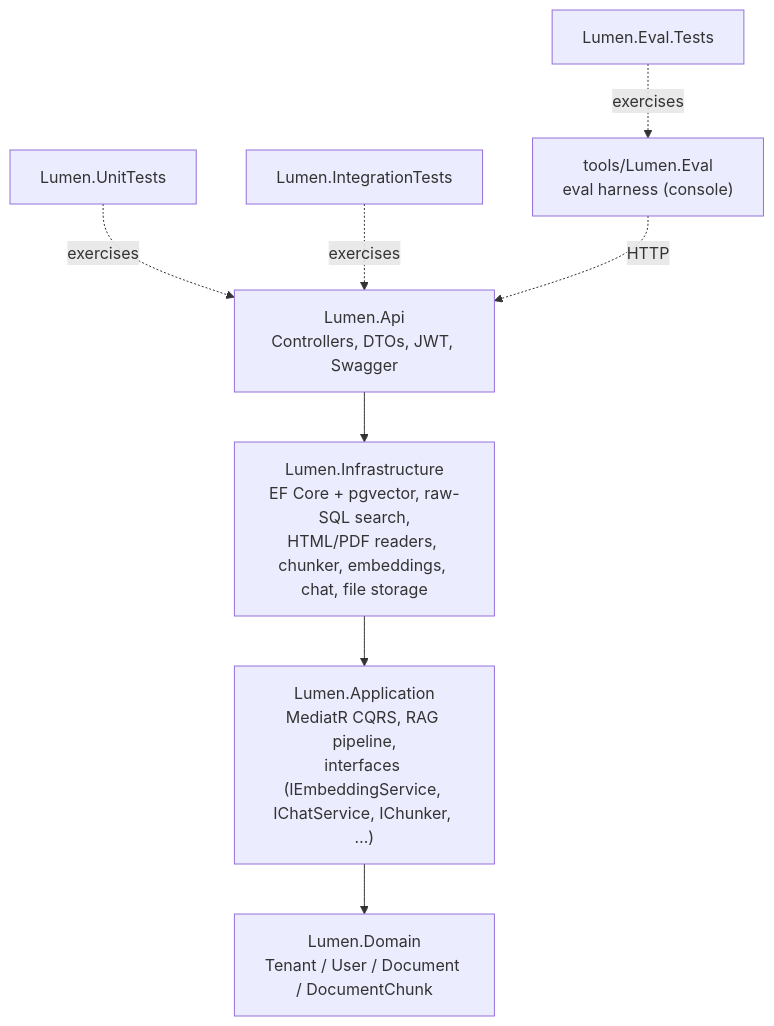
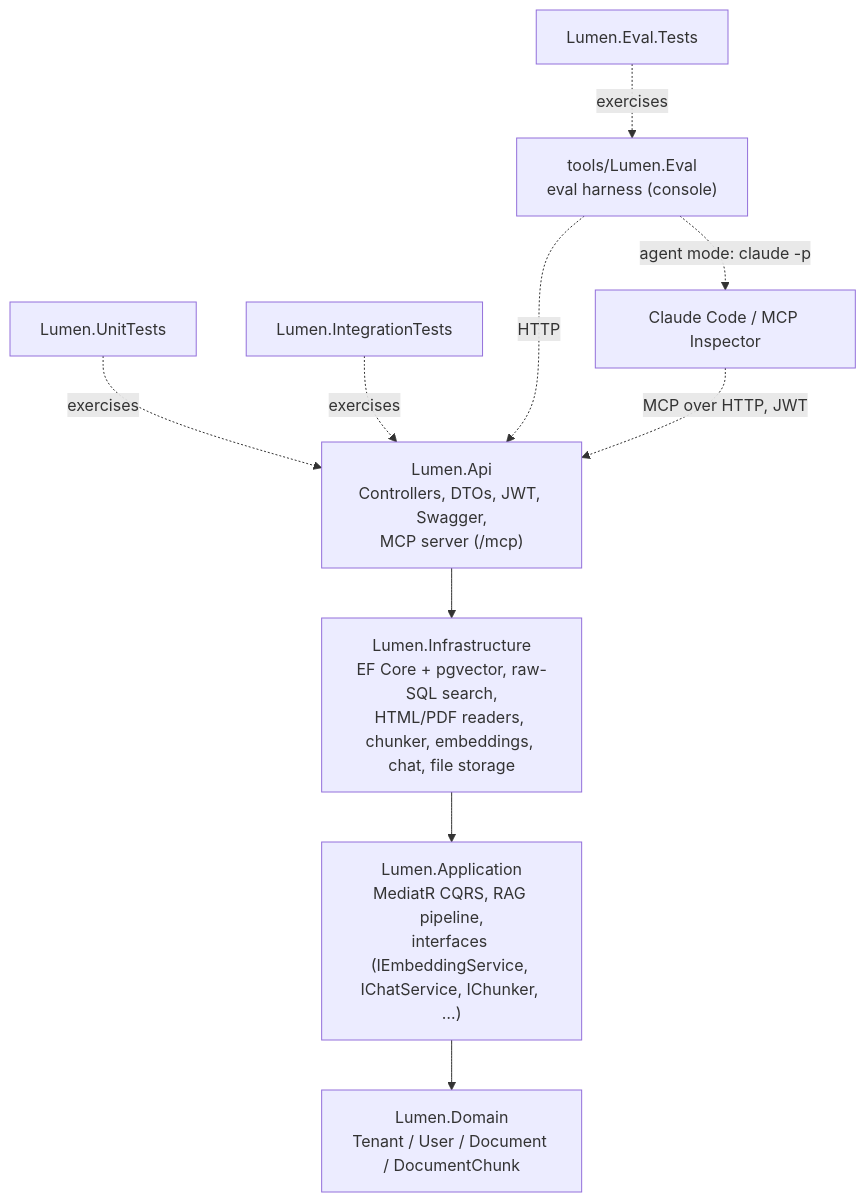
Before and after one commit to DanielyanArtyom/dotnet-mcp-rag-server: the first of 5 diagrams in README.md, drawn with Mermaid. The commit also changed other lines of this file and 77 other files, not shown here.

````diff
--- a/README.md
+++ b/README.md
@@ -36,11 +38,13 @@
 ```mermaid
 graph TD
-    Api["Lumen.Api<br/>Controllers, DTOs, JWT, Swagger"] --> Infra["Lumen.Infrastructure<br/>EF Core + pgvector, raw-SQL search,<br/>HTML/PDF readers, chunker, embeddings, chat, file storage"]
+    Api["Lumen.Api<br/>Controllers, DTOs, JWT, Swagger,<br/>MCP server (/mcp)"] --> Infra["Lumen.Infrastructure<br/>EF Core + pgvector, raw-SQL search,<br/>HTML/PDF readers, chunker, embeddings, chat, file storage"]
     Infra --> App["Lumen.Application<br/>MediatR CQRS, RAG pipeline,<br/>interfaces (IEmbeddingService, IChatService, IChunker, …)"]
     App --> Domain["Lumen.Domain<br/>Tenant / User / Document / DocumentChunk"]
 
     UnitTests["Lumen.UnitTests"] -.exercises.-> Api
     IntegrationTests["Lumen.IntegrationTests"] -.exercises.-> Api
     Eval["tools/Lumen.Eval<br/>eval harness (console)"] -.HTTP.-> Api
     EvalTests["Lumen.Eval.Tests"] -.exercises.-> Eval
+    Client["Claude Code / MCP Inspector"] -.MCP over HTTP, JWT.-> Api
+    Eval -. "agent mode: claude -p" .-> Client
 ```
````
